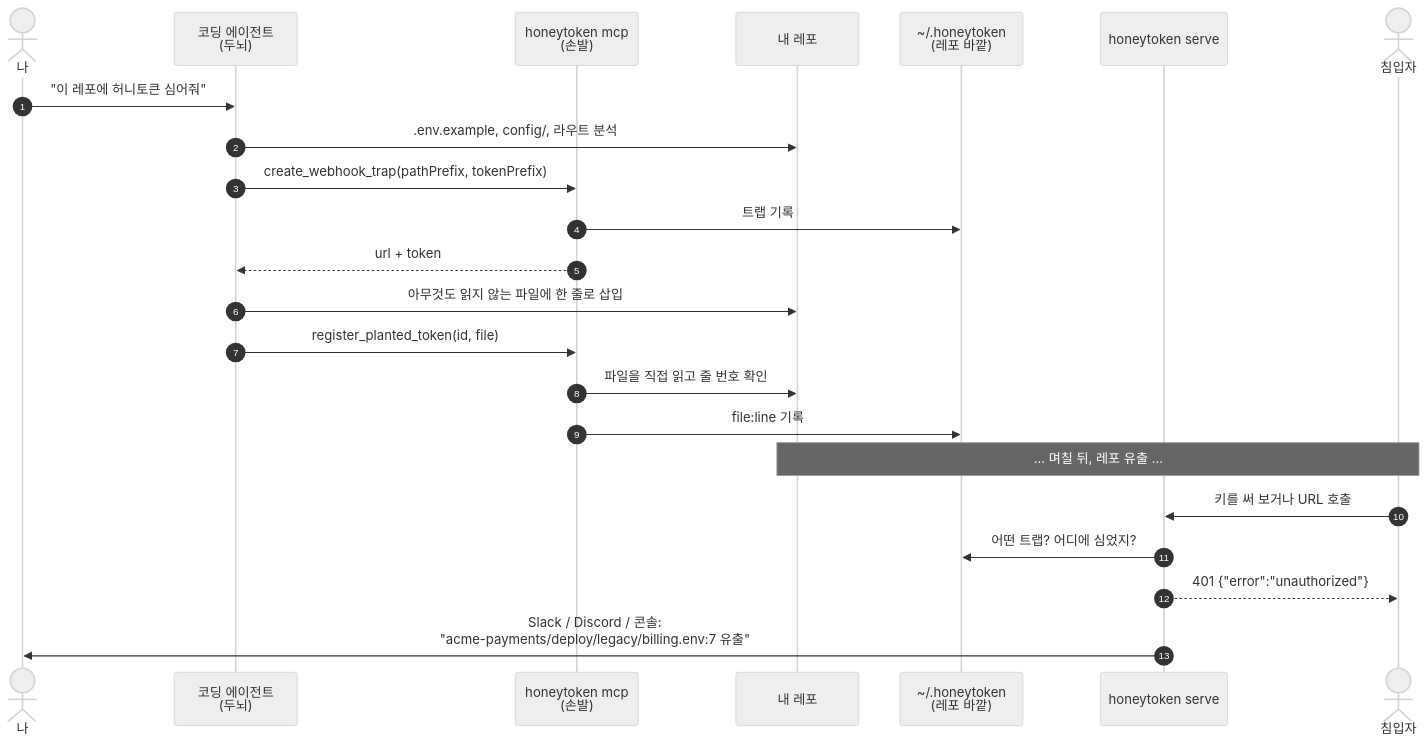
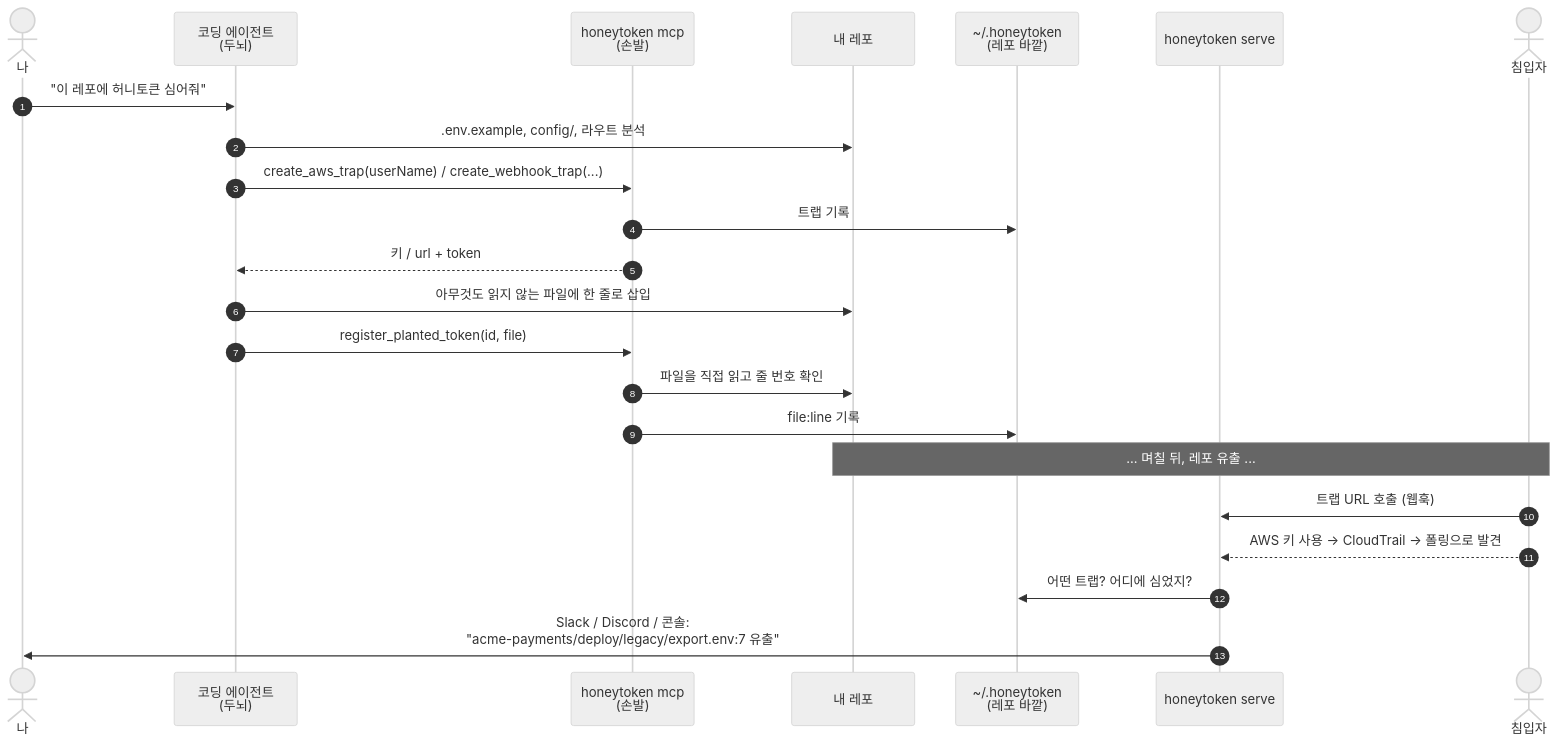
The diagram in README.ko.md (Dradradre/honeytokens-as-code), drawn with Mermaid (neutral theme) before and after one commit. The commit also changed other lines of this file and 26 other files, not shown here.

````diff
--- a/README.ko.md
+++ b/README.ko.md
@@ -53,26 +53,26 @@
 ```mermaid
 sequenceDiagram
     autonumber
     actor You as 나
     participant Agent as 코딩 에이전트<br/>(두뇌)
     participant MCP as honeytoken mcp<br/>(손발)
     participant Repo as 내 레포
     participant Reg as ~/.honeytoken<br/>(레포 바깥)
     participant Server as honeytoken serve
     actor Intruder as 침입자
 
     You->>Agent: "이 레포에 허니토큰 심어줘"
     Agent->>Repo: .env.example, config/, 라우트 분석
-    Agent->>MCP: create_webhook_trap(pathPrefix, tokenPrefix)
+    Agent->>MCP: create_aws_trap(userName) / create_webhook_trap(...)
     MCP->>Reg: 트랩 기록
-    MCP-->>Agent: url + token
+    MCP-->>Agent: 키 / url + token
     Agent->>Repo: 아무것도 읽지 않는 파일에 한 줄로 삽입
     Agent->>MCP: register_planted_token(id, file)
     MCP->>Repo: 파일을 직접 읽고 줄 번호 확인
     MCP->>Reg: file:line 기록
     Note over Repo,Intruder: ... 며칠 뒤, 레포 유출 ...
-    Intruder->>Server: 키를 써 보거나 URL 호출
+    Intruder->>Server: 트랩 URL 호출 (웹훅)
+    Intruder-->>Server: AWS 키 사용 → CloudTrail → 폴링으로 발견
     Server->>Reg: 어떤 트랩? 어디에 심었지?
-    Server-->>Intruder: 401 {"error":"unauthorized"}
-    Server->>You: Slack / Discord / 콘솔:<br/>"acme-payments/deploy/legacy/billing.env:7 유출"
+    Server->>You: Slack / Discord / 콘솔:<br/>"acme-payments/deploy/legacy/export.env:7 유출"
 ```
````
